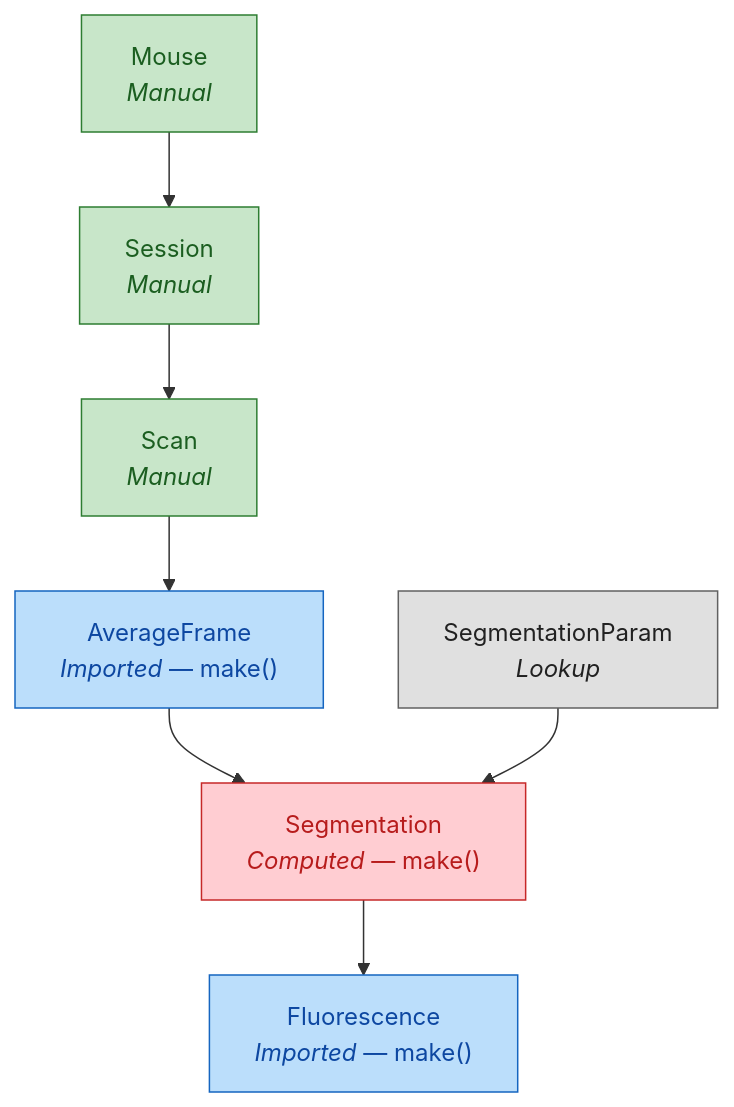
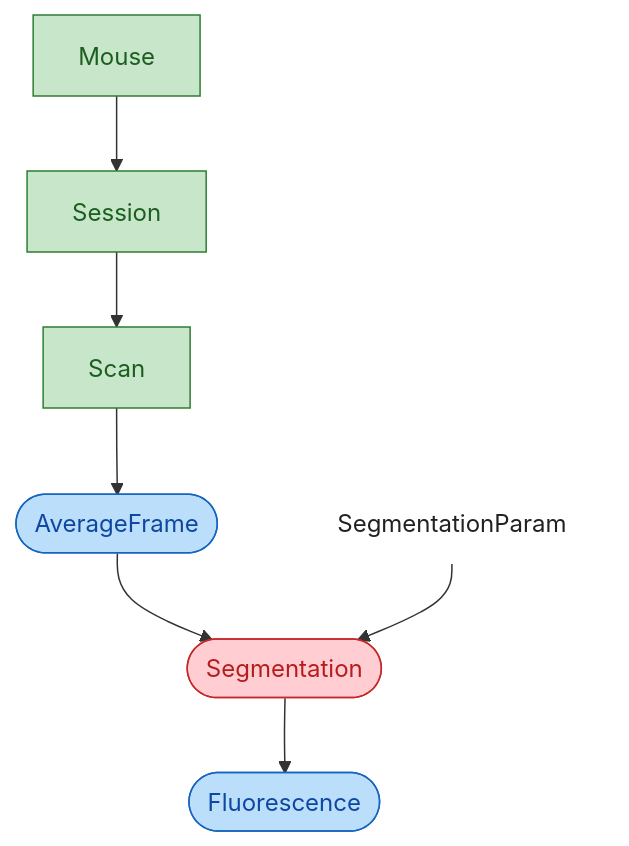
The diagram in src/explanation/relational-workflow-model.md (datajoint/datajoint-docs), drawn with Mermaid before and after one commit. The commit also changed other lines of this file, not shown here.

First line of the commit message:
docs(rwm): trim trade-off prose, align diagram with dj.Diagram, restructure concrete-first (#186)

````diff
--- a/src/explanation/relational-workflow-model.md
+++ b/src/explanation/relational-workflow-model.md
@@ -53,18 +21,18 @@
 ```mermaid
 graph TD
-    Mouse["Mouse<br/><i>Manual</i>"]:::manual
-    Session["Session<br/><i>Manual</i>"]:::manual
-    Scan["Scan<br/><i>Manual</i>"]:::manual
-    SegParam["SegmentationParam<br/><i>Lookup</i>"]:::lookup
-    AvgFrame["AverageFrame<br/><i>Imported</i> &mdash; make()"]:::imported
-    Segmentation["Segmentation<br/><i>Computed</i> &mdash; make()"]:::computed
-    Fluorescence["Fluorescence<br/><i>Imported</i> &mdash; make()"]:::imported
+    Mouse["Mouse"]:::manual
+    Session["Session"]:::manual
+    Scan["Scan"]:::manual
+    SegParam["SegmentationParam"]:::lookup
+    AvgFrame(["AverageFrame"]):::imported
+    Segmentation(["Segmentation"]):::computed
+    Fluorescence(["Fluorescence"]):::imported
 
     Mouse --> Session --> Scan --> AvgFrame --> Segmentation --> Fluorescence
     SegParam --> Segmentation
 
     classDef manual    fill:#c8e6c9,stroke:#2e7d32,color:#1b5e20;
-    classDef lookup    fill:#e0e0e0,stroke:#616161,color:#212121;
+    classDef lookup    fill:none,stroke:none,color:#212121;
     classDef imported  fill:#bbdefb,stroke:#1565c0,color:#0d47a1;
     classDef computed  fill:#ffcdd2,stroke:#c62828,color:#b71c1c;
 ```
````
